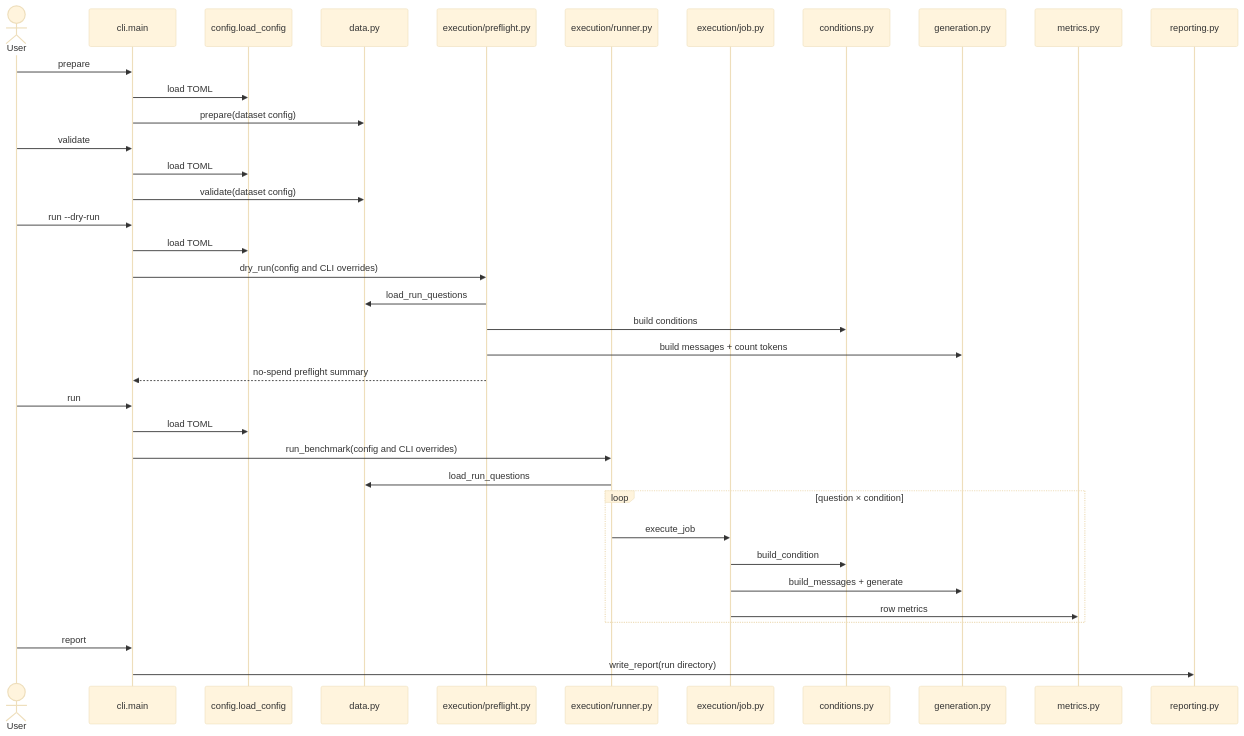
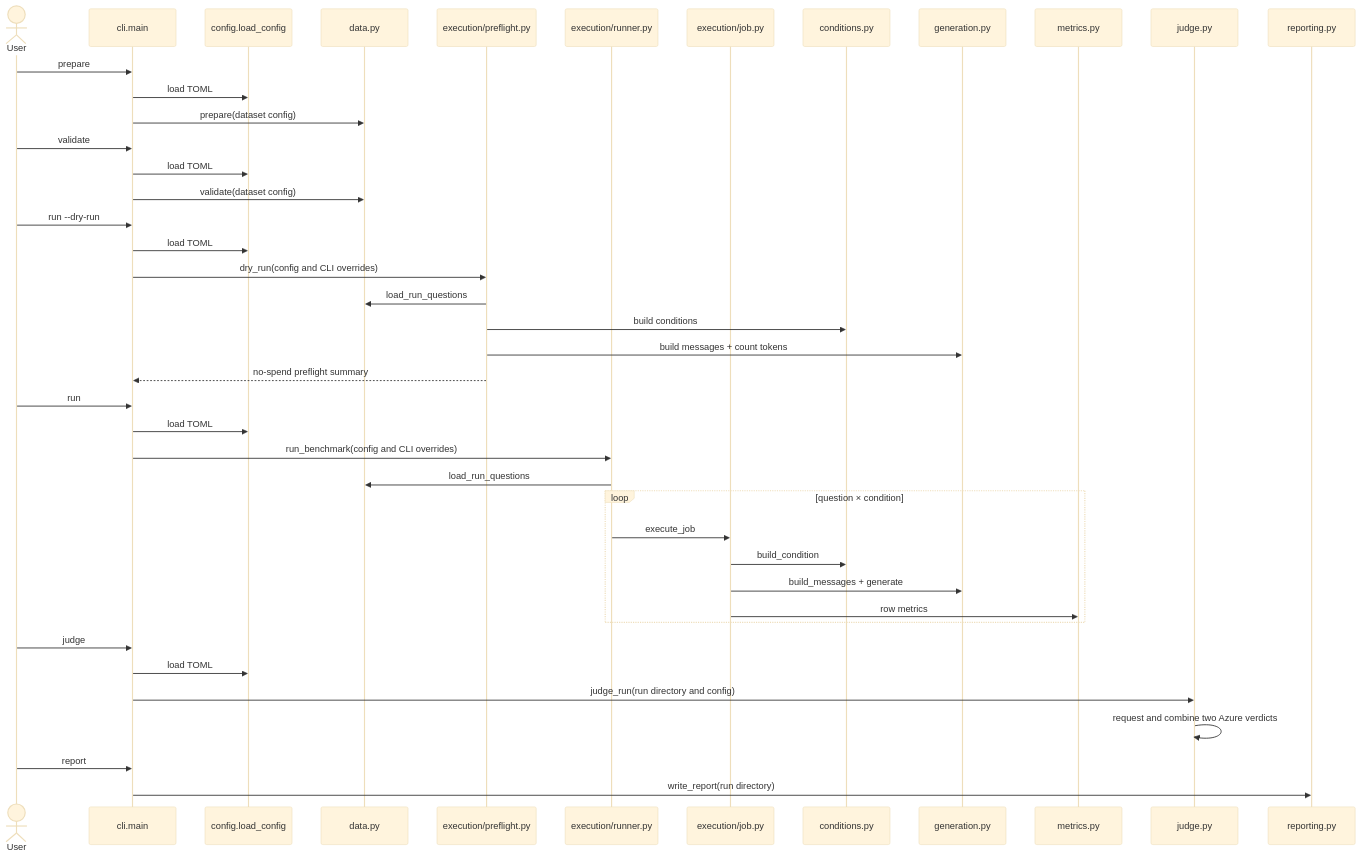
One commit to 14zhasim/Agentic_RAG changed the tenth of 10 diagrams in docs sys design/benchmark/FinanceBench Implementation Guide.md. Above: the diagram before and after it, drawn with Mermaid (base theme). The commit also changed other lines of this file and 7 other files, not shown here.

````diff
--- a/docs sys design/benchmark/FinanceBench Implementation Guide.md
+++ b/docs sys design/benchmark/FinanceBench Implementation Guide.md
@@ -1194,39 +1350,44 @@
 ```mermaid
 sequenceDiagram
     actor User
     participant CLI as cli.main
     participant CFG as config.load_config
     participant D as data.py
     participant P as execution/preflight.py
     participant R as execution/runner.py
     participant J as execution/job.py
     participant C as conditions.py
     participant G as generation.py
     participant M as metrics.py
+    participant AJ as judge.py
     participant REP as reporting.py
     User->>CLI: prepare
     CLI->>CFG: load TOML
     CLI->>D: prepare(dataset config)
     User->>CLI: validate
     CLI->>CFG: load TOML
     CLI->>D: validate(dataset config)
     User->>CLI: run --dry-run
     CLI->>CFG: load TOML
     CLI->>P: dry_run(config and CLI overrides)
     P->>D: load_run_questions
     P->>C: build conditions
     P->>G: build messages + count tokens
     P-->>CLI: no-spend preflight summary
     User->>CLI: run
     CLI->>CFG: load TOML
     CLI->>R: run_benchmark(config and CLI overrides)
     R->>D: load_run_questions
     loop question × condition
         R->>J: execute_job
         J->>C: build_condition
         J->>G: build_messages + generate
         J->>M: row metrics
     end
+    User->>CLI: judge
+    CLI->>CFG: load TOML
+    CLI->>AJ: judge_run(run directory and config)
+    AJ->>AJ: request and combine two Azure verdicts
     User->>CLI: report
     CLI->>REP: write_report(run directory)
 ```
````
